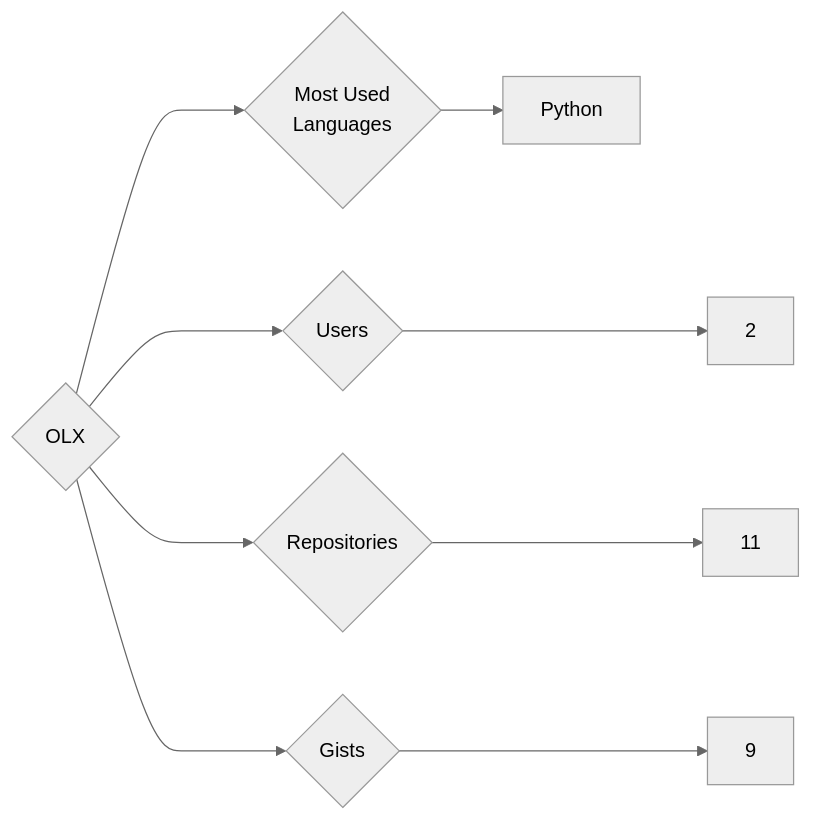
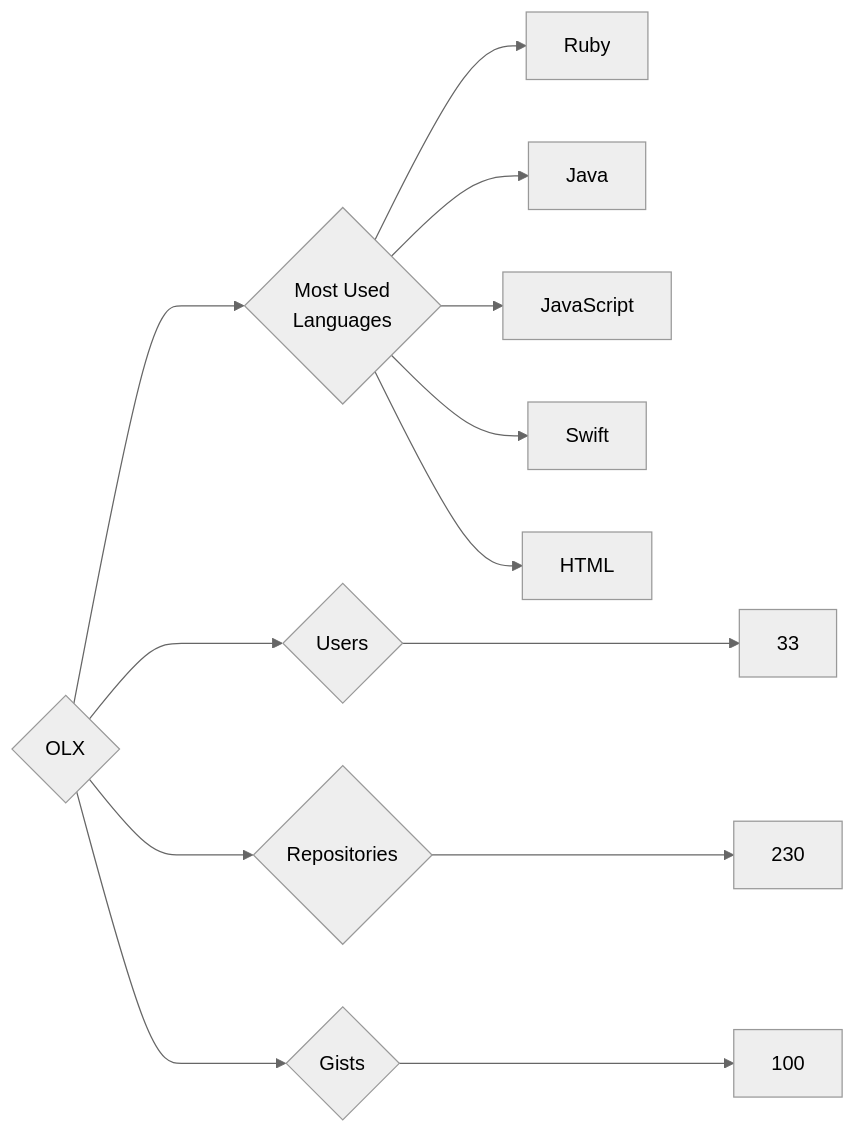
The diagram in targets/OLX/README.md (trickest/insiders), drawn with Mermaid (neutral theme) before and after one commit. The commit also changed 677 other files, not shown here.

````diff
--- a/targets/OLX/README.md
+++ b/targets/OLX/README.md
@@ -3,9 +3,13 @@
 ```mermaid
 graph LR
 COMPANY_NAME{OLX}
-COMPANY_NAME ---> U{Users} ---> UN[2]
-COMPANY_NAME ---> R{Repositories} ---> RN[11]
-COMPANY_NAME ---> G{Gists} ---> GN[9]
+COMPANY_NAME ---> U{Users} ---> UN[33]
+COMPANY_NAME ---> R{Repositories} ---> RN[230]
+COMPANY_NAME ---> G{Gists} ---> GN[100]
 COMPANY_NAME ---> ML{Most Used<br>Languages}
-ML --> Python[Python]
+ML --> Ruby[Ruby]
+ML --> Java[Java]
+ML --> JavaScript[JavaScript]
+ML --> Swift[Swift]
+ML --> HTML[HTML]
 ```
````
